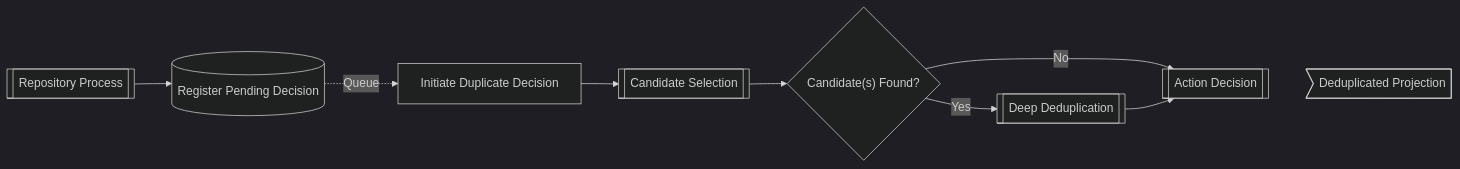
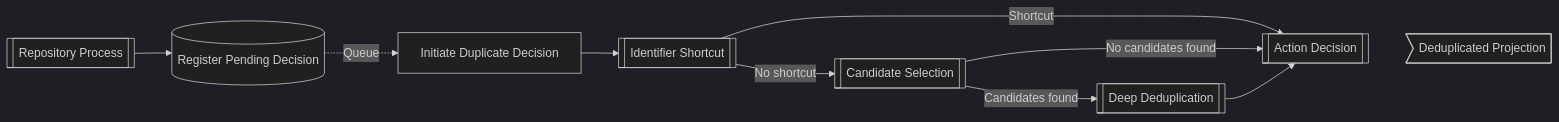
The second of 6 diagrams in docs/procedures/deduplication.rst (destiny-evidence/destiny-repository), drawn with Mermaid (dark theme) before and after one commit. The commit also changed other lines of this file and 1 other file, not shown here.

Commit message:
added shortcut to dedup docs

```diff
--- a/docs/procedures/deduplication.rst
+++ b/docs/procedures/deduplication.rst
@@ -50,21 +50,22 @@
 .. mermaid::
 
     flowchart LR
 
         R[[Repository Process]]
         P[(Register Pending Decision)]
         T[Initiate Duplicate Decision]
+        IS[[Identifier Shortcut]]
         CS[[Candidate Selection]]
-        CF{"Candidate(s) Found?"}
         DD[[Deep Deduplication]]
         A[[Action Decision]]
         DP>Deduplicated Projection]
 
-        T-->CS
-        CS-->CF
-        CF-->|No|A
-        CF-->|Yes|DD
+        T-->IS
+        IS-->|Shortcut|A
+        IS-->|No shortcut|CS
+        CS-->|No candidates found|A
+        CS-->|Candidates found|DD
         DD-->A
         R-->P
         P-.->|Queue|T
         A~~~DP
```
